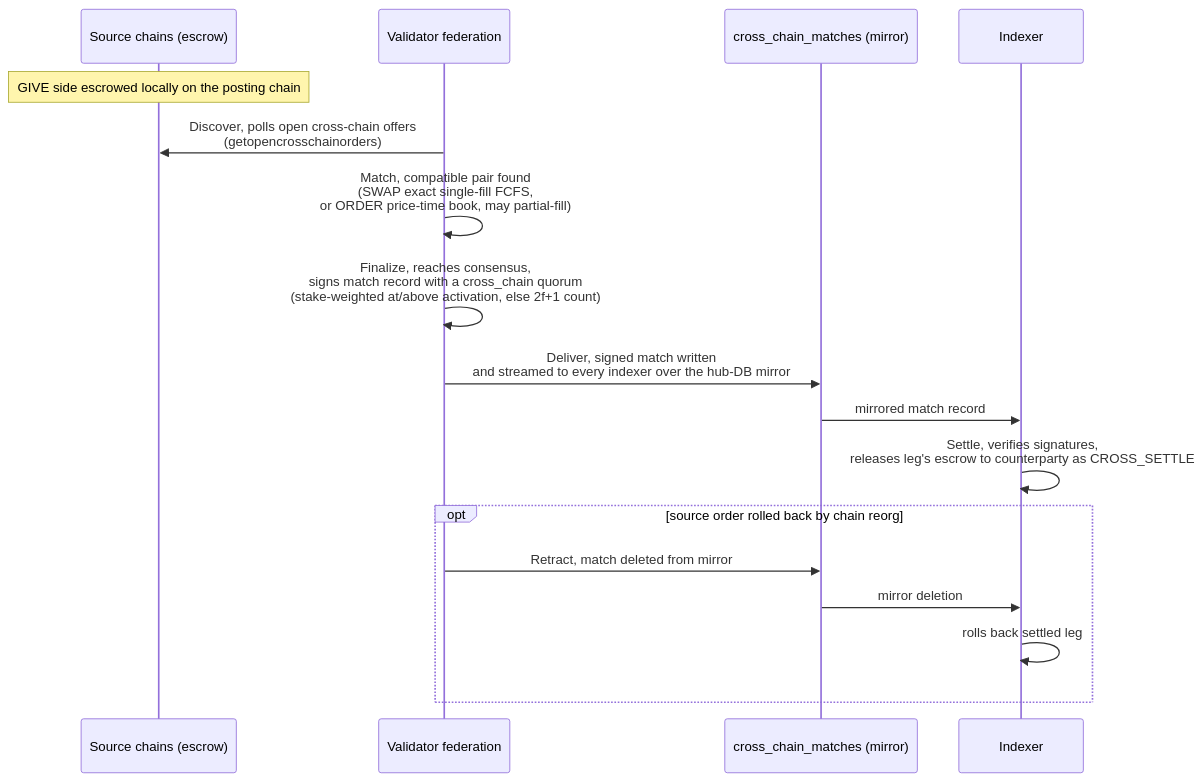
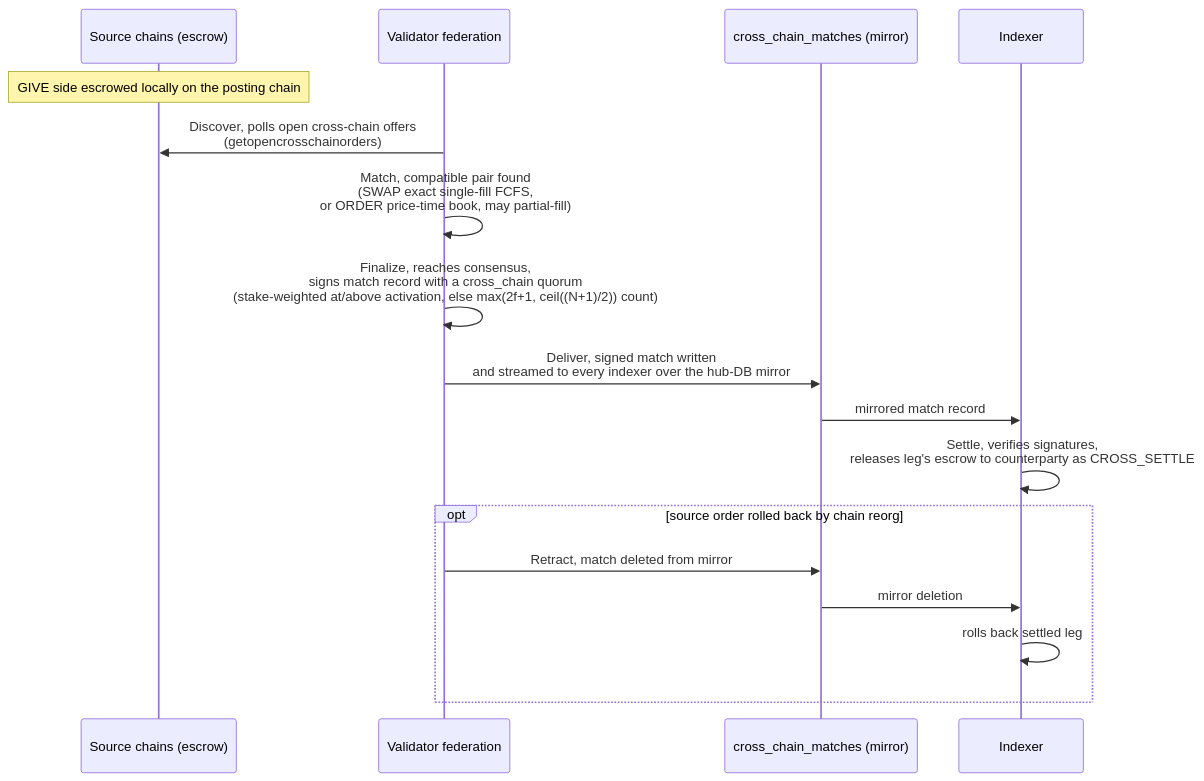
One commit to XChain-Platform/xchain-documentation changed the diagram in protocol/cross-chain-dex.md. Above: the diagram before and after it, drawn with Mermaid. The commit also changed other lines of this file and 35 other files, not shown here.

````diff
--- a/protocol/cross-chain-dex.md
+++ b/protocol/cross-chain-dex.md
@@ -41,20 +41,20 @@
 ```mermaid
 sequenceDiagram
     participant Chain as Source chains (escrow)
     participant Federation as Validator federation
     participant Hub as cross_chain_matches (mirror)
     participant Indexer
 
     Note over Chain: GIVE side escrowed locally on the posting chain
     Federation->>Chain: Discover, polls open cross-chain offers<br>(getopencrosschainorders)
     Federation->>Federation: Match, compatible pair found<br>(SWAP exact single-fill FCFS,<br>or ORDER price-time book, may partial-fill)
-    Federation->>Federation: Finalize, reaches consensus,<br>signs match record with a cross_chain quorum<br>(stake-weighted at/above activation, else 2f+1 count)
+    Federation->>Federation: Finalize, reaches consensus,<br>signs match record with a cross_chain quorum<br>(stake-weighted at/above activation, else max(2f+1, ceil((N+1)/2)) count)
     Federation->>Hub: Deliver, signed match written<br>and streamed to every indexer over the hub-DB mirror
     Hub->>Indexer: mirrored match record
     Indexer->>Indexer: Settle, verifies signatures,<br>releases leg's escrow to counterparty as CROSS_SETTLE
     opt source order rolled back by chain reorg
         Federation->>Hub: Retract, match deleted from mirror
         Hub->>Indexer: mirror deletion
         Indexer->>Indexer: rolls back settled leg
     end
 ```
````
